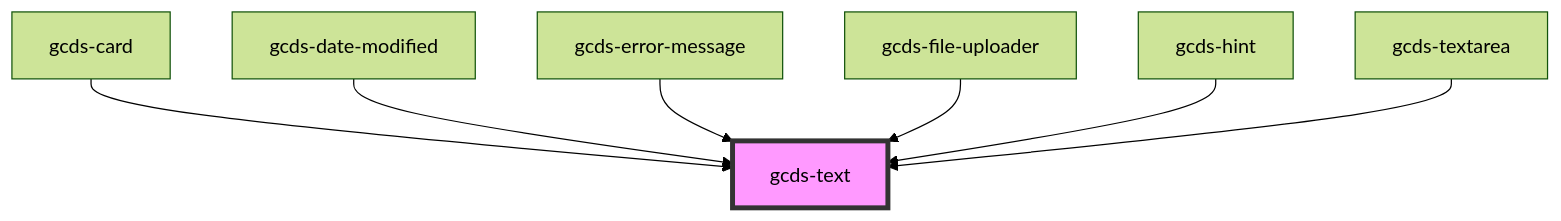
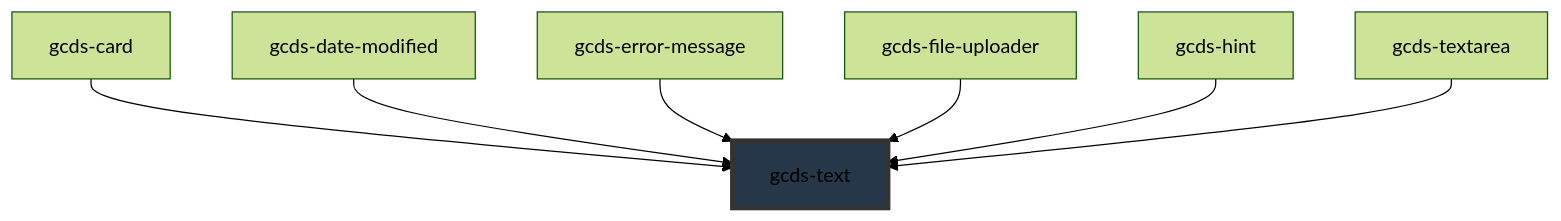
One commit to cds-snc/gcds-components changed the diagram in packages/web/src/components/gcds-text/readme.md. Above: the diagram before and after it, drawn with Mermaid (forest theme). The commit also changed other lines of this file and 44 other files, not shown here.

````diff
--- a/packages/web/src/components/gcds-text/readme.md
+++ b/packages/web/src/components/gcds-text/readme.md
@@ -39,10 +46,10 @@
 ```mermaid
 graph TD;
   gcds-card --> gcds-text
   gcds-date-modified --> gcds-text
   gcds-error-message --> gcds-text
   gcds-file-uploader --> gcds-text
   gcds-hint --> gcds-text
   gcds-textarea --> gcds-text
-  style gcds-text fill:#f9f,stroke:#333,stroke-width:4px
+  style gcds-text fill:#26374a,stroke:#333,stroke-width:4px
 ```
````
